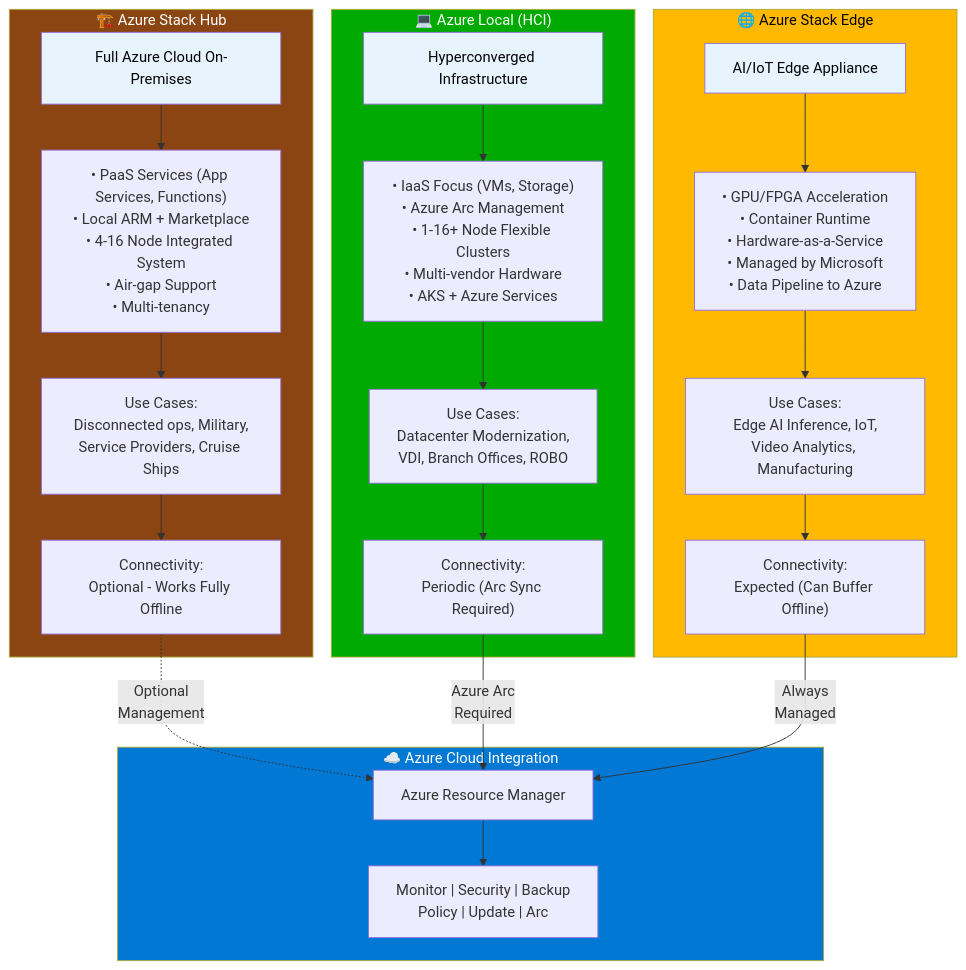
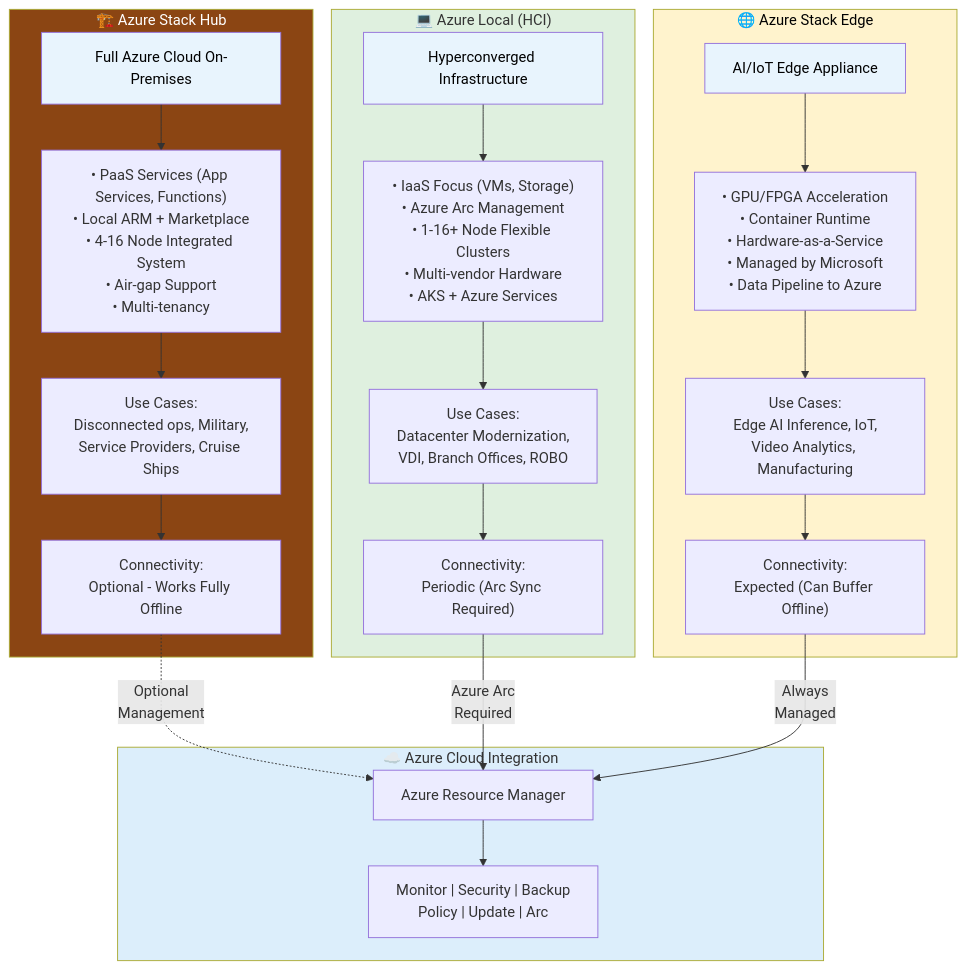
Before and after one commit to EmeaAppGbb/AzureHybridContinuumCookBook: the diagram in docs/02-azure-hybrid-infrastructure/04-azure-stack-hci.md, drawn with Mermaid. The commit also changed 28 other files, not shown here.

First line of the commit message:
Fix Mermaid diagram readability: use light pastel subgraph backgrounds

````diff
--- a/docs/02-azure-hybrid-infrastructure/04-azure-stack-hci.md
+++ b/docs/02-azure-hybrid-infrastructure/04-azure-stack-hci.md
@@ -84,54 +84,54 @@
 ```mermaid
 graph TB
     subgraph Hub["🏗️ Azure Stack Hub"]
         HubDesc["Full Azure Cloud On-Premises"]
         HubFeatures["• PaaS Services (App Services, Functions)<br/>• Local ARM + Marketplace<br/>• 4-16 Node Integrated System<br/>• Air-gap Support<br/>• Multi-tenancy"]
         HubUse["Use Cases:<br/>Disconnected ops, Military,<br/>Service Providers, Cruise Ships"]
         HubConnect["Connectivity:<br/>Optional - Works Fully Offline"]
     end
     
     subgraph Local["💻 Azure Local (HCI)"]
         LocalDesc["Hyperconverged Infrastructure"]
         LocalFeatures["• IaaS Focus (VMs, Storage)<br/>• Azure Arc Management<br/>• 1-16+ Node Flexible Clusters<br/>• Multi-vendor Hardware<br/>• AKS + Azure Services"]
         LocalUse["Use Cases:<br/>Datacenter Modernization,<br/>VDI, Branch Offices, ROBO"]
         LocalConnect["Connectivity:<br/>Periodic (Arc Sync Required)"]
     end
     
     subgraph Edge["🌐 Azure Stack Edge"]
         EdgeDesc["AI/IoT Edge Appliance"]
         EdgeFeatures["• GPU/FPGA Acceleration<br/>• Container Runtime<br/>• Hardware-as-a-Service<br/>• Managed by Microsoft<br/>• Data Pipeline to Azure"]
         EdgeUse["Use Cases:<br/>Edge AI Inference, IoT,<br/>Video Analytics, Manufacturing"]
         EdgeConnect["Connectivity:<br/>Expected (Can Buffer Offline)"]
     end
     
     subgraph Azure["☁️ Azure Cloud Integration"]
         AzureRM["Azure Resource Manager"]
         AzureServices["Monitor | Security | Backup<br/>Policy | Update | Arc"]
     end
     
     HubDesc --> HubFeatures
     HubFeatures --> HubUse
     HubUse --> HubConnect
     
     LocalDesc --> LocalFeatures
     LocalFeatures --> LocalUse
     LocalUse --> LocalConnect
     
     EdgeDesc --> EdgeFeatures
     EdgeFeatures --> EdgeUse
     EdgeUse --> EdgeConnect
     
     HubConnect -.->|"Optional<br/>Management"| AzureRM
     LocalConnect -->|"Azure Arc<br/>Required"| AzureRM
     EdgeConnect -->|"Always<br/>Managed"| AzureRM
     
     AzureRM --> AzureServices
     
     style Hub fill:#8b4513,color:#fff
-    style Local fill:#00aa00,color:#fff
-    style Edge fill:#ffb900,color:#000
-    style Azure fill:#0078d4,color:#fff
+    style Local fill:#dff0df
+    style Edge fill:#fff3cd,color:#000
+    style Azure fill:#dceefb
     
     classDef positioning fill:#e8f4fd,color:#000
     class HubDesc,LocalDesc,EdgeDesc positioning
 ```
````
